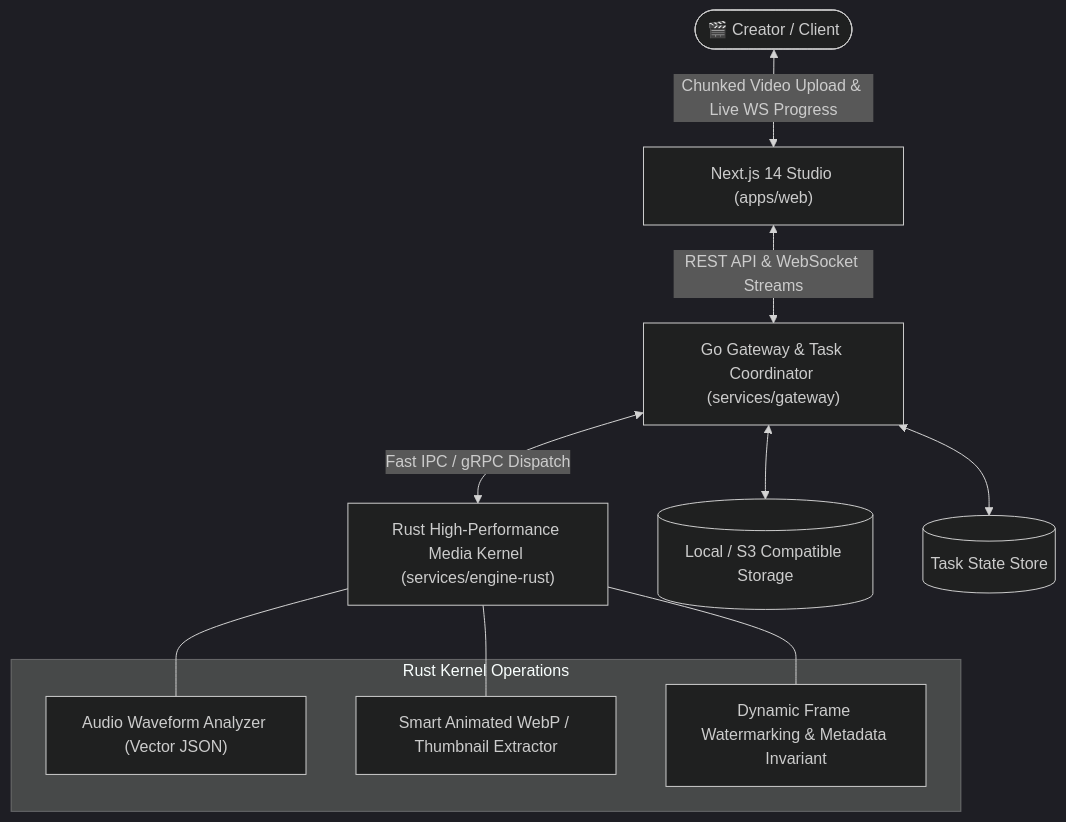
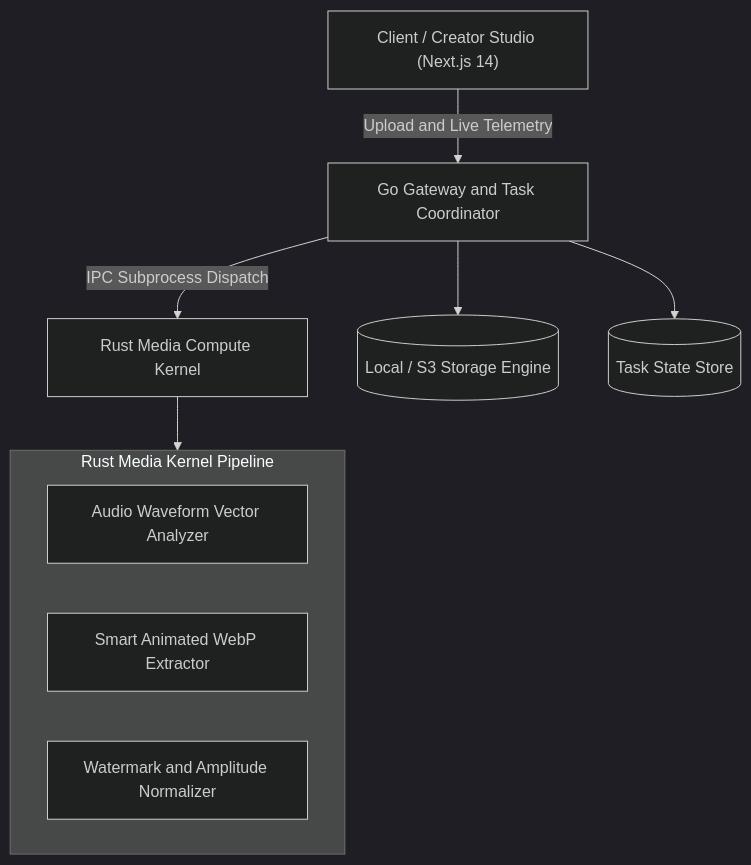
One commit to prachizala/StreamForge changed the diagram in README.md. Above: the diagram before and after it, drawn with Mermaid (dark theme). The commit also changed other lines of this file, not shown here.

Commit message:
docs(readme): fix mermaid diagram rendering syntax on GitHub and remove heart emoji in footer

````diff
--- a/README.md
+++ b/README.md
@@ -32,17 +32,14 @@
 ```mermaid
 flowchart TD
-    User(["🎬 Creator / Client"]) <-->|"Chunked Video Upload & Live WS Progress"| Next["Next.js 14 Studio (apps/web)"]
-    Next <-->|"REST API & WebSocket Streams"| Go["Go Gateway & Task Coordinator (services/gateway)"]
-    Go <-->|"Fast IPC / gRPC Dispatch"| Rust["Rust High-Performance Media Kernel (services/engine-rust)"]
-    Go <--> Storage[("Local / S3 Compatible Storage")]
-    Go <--> DB[("Task State Store")]
+    User["Client / Creator Studio (Next.js 14)"] -->|"Upload and Live Telemetry"| Gateway["Go Gateway and Task Coordinator"]
+    Gateway -->|"IPC Subprocess Dispatch"| Kernel["Rust Media Compute Kernel"]
+    Gateway --> Storage[("Local / S3 Storage Engine")]
+    Gateway --> DB[("Task State Store")]
 
-    subgraph Rust Kernel Operations
-        R1["Audio Waveform Analyzer (Vector JSON)"]
-        R2["Smart Animated WebP / Thumbnail Extractor"]
-        R3["Dynamic Frame Watermarking & Metadata Invariant"]
+    subgraph RustOps["Rust Media Kernel Pipeline"]
+        T1["Audio Waveform Vector Analyzer"]
+        T2["Smart Animated WebP Extractor"]
+        T3["Watermark and Amplitude Normalizer"]
     end
-    Rust --- R1
-    Rust --- R2
-    Rust --- R3
+    Kernel --> RustOps
 ```
````
